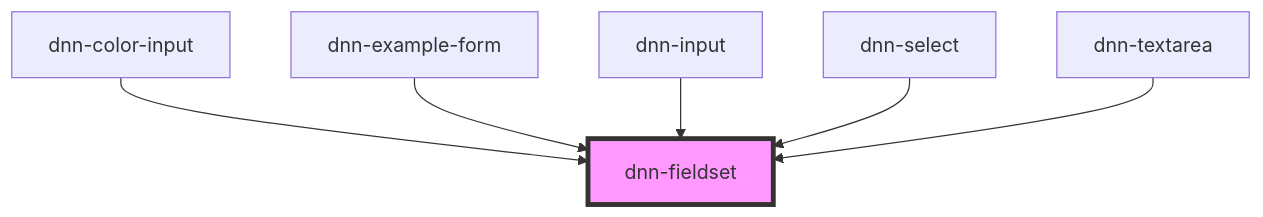
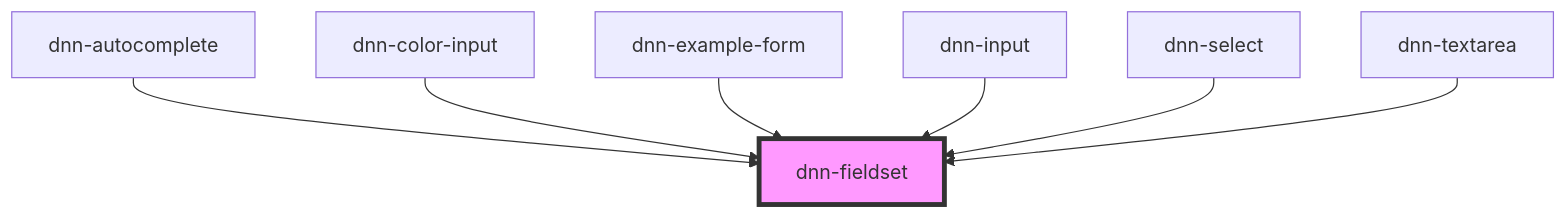
Before and after one commit to DNNCommunity/dnn-elements: the diagram in packages/stencil-library/src/components/dnn-fieldset/readme.md, drawn with Mermaid. The commit also changed other lines of this file and 11 other files, not shown here.

````diff
--- a/packages/stencil-library/src/components/dnn-fieldset/readme.md
+++ b/packages/stencil-library/src/components/dnn-fieldset/readme.md
@@ -135,9 +136,10 @@
 ```mermaid
 graph TD;
+  dnn-autocomplete --> dnn-fieldset
   dnn-color-input --> dnn-fieldset
   dnn-example-form --> dnn-fieldset
   dnn-input --> dnn-fieldset
   dnn-select --> dnn-fieldset
   dnn-textarea --> dnn-fieldset
   style dnn-fieldset fill:#f9f,stroke:#333,stroke-width:4px
 ```
````
